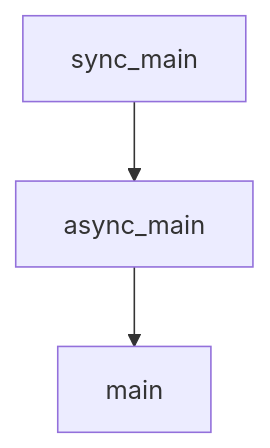
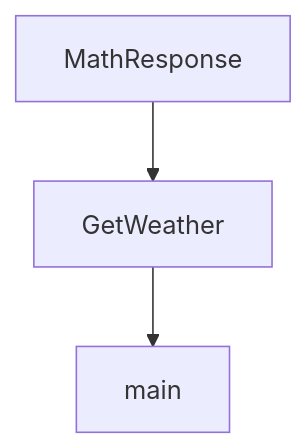
The diagram in tutorials/openai-python-sdk-tutorial/07-advanced-patterns.md (johnxie/awesome-code-docs), drawn with Mermaid before and after one commit. The commit also changed other lines of this file and 1232 other files, not shown here.

````diff
--- a/tutorials/openai-python-sdk-tutorial/07-advanced-patterns.md
+++ b/tutorials/openai-python-sdk-tutorial/07-advanced-patterns.md
@@ -175,8 +178,8 @@
 ```mermaid
 flowchart TD
-    A[sync_main]
-    B[async_main]
+    A[MathResponse]
+    B[GetWeather]
     C[main]
     A --> B
     B --> C
 ```
````
